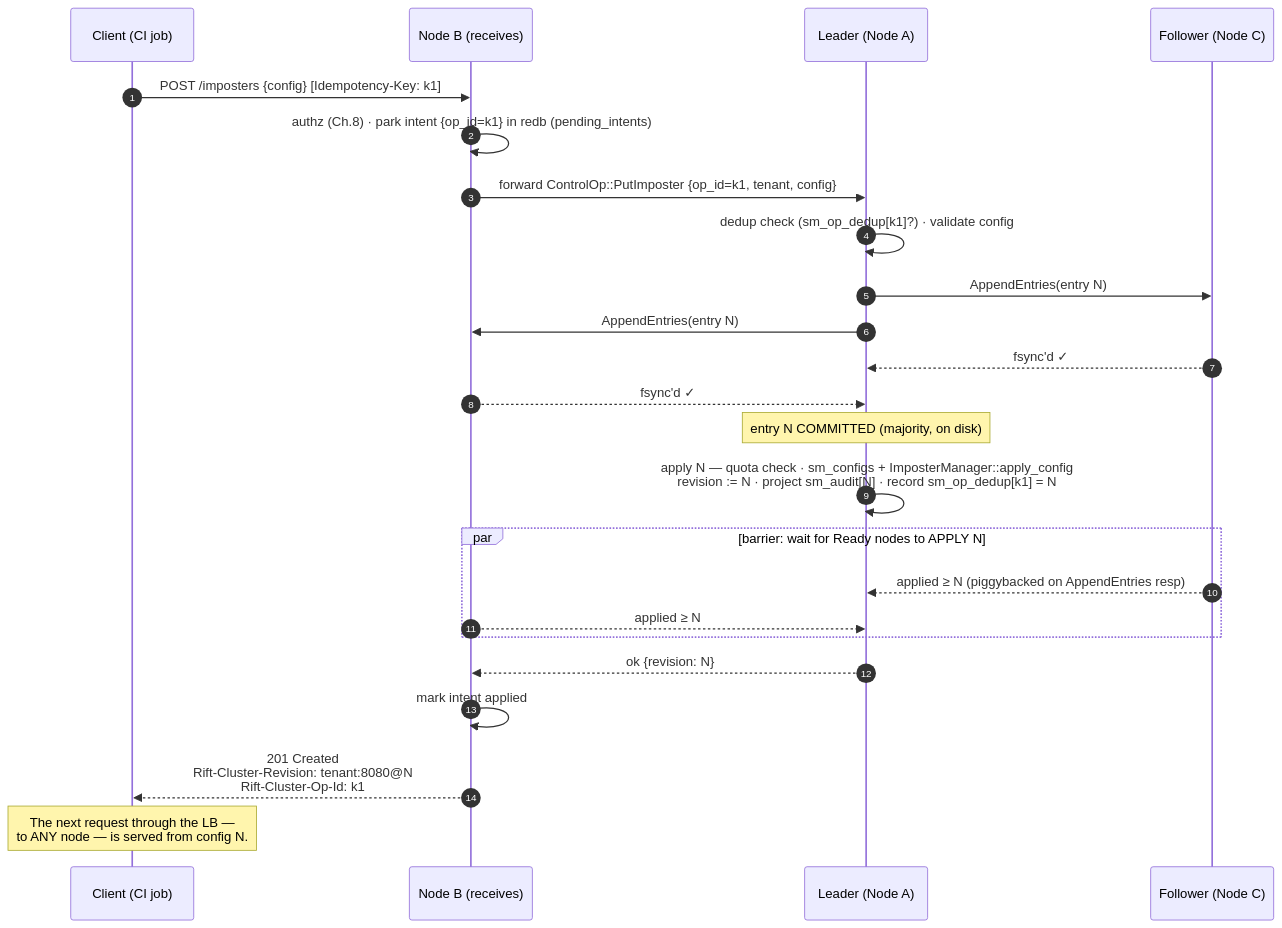
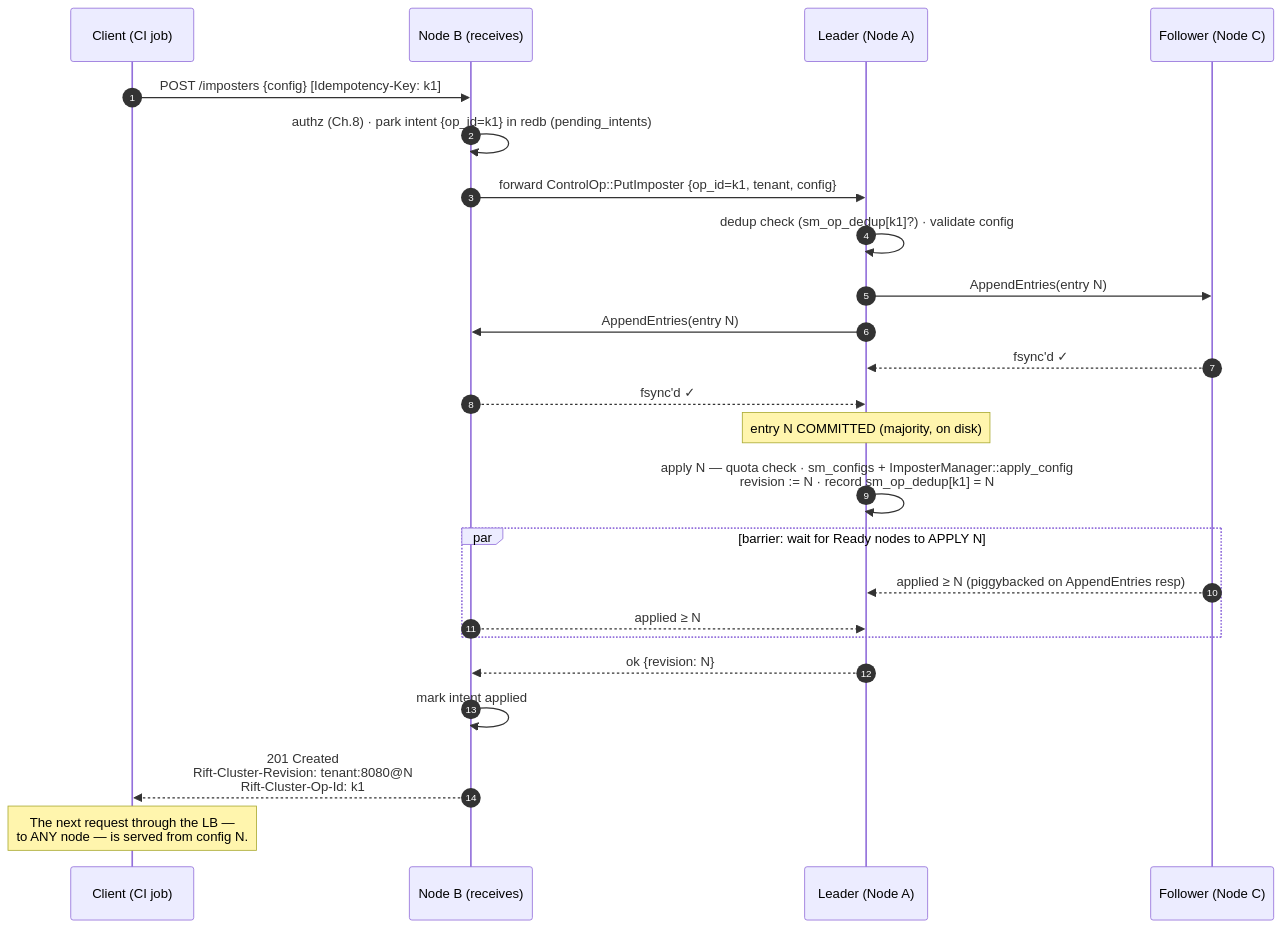
The diagram in docs/architecture/04-write-path.md (achird-labs/rift-cluster), drawn with Mermaid before and after one commit. The commit also changed other lines of this file and 70 other files, not shown here.

````diff
--- a/docs/architecture/04-write-path.md
+++ b/docs/architecture/04-write-path.md
@@ -11,27 +11,27 @@
 ```mermaid
 sequenceDiagram
     autonumber
     participant C as Client (CI job)
     participant B as Node B (receives)
     participant L as Leader (Node A)
     participant F as Follower (Node C)
 
     C->>B: POST /imposters {config}  [Idempotency-Key: k1]
     B->>B: authz (Ch.8) · park intent {op_id=k1} in redb (pending_intents)
     B->>L: forward ControlOp::PutImposter {op_id=k1, tenant, config}
     L->>L: dedup check (sm_op_dedup[k1]?) · validate config
     L->>F: AppendEntries(entry N)
     L->>B: AppendEntries(entry N)
     F-->>L: fsync'd ✓
     B-->>L: fsync'd ✓
     Note over L: entry N COMMITTED (majority, on disk)
-    L->>L: apply N — quota check · sm_configs + ImposterManager::apply_config<br/>revision := N · project sm_audit[N] · record sm_op_dedup[k1] = N
+    L->>L: apply N — quota check · sm_configs + ImposterManager::apply_config<br/>revision := N · record sm_op_dedup[k1] = N
     par barrier: wait for Ready nodes to APPLY N
         F-->>L: applied ≥ N (piggybacked on AppendEntries resp)
         B-->>L: applied ≥ N
     end
     L-->>B: ok {revision: N}
     B->>B: mark intent applied
     B-->>C: 201 Created<br/>Rift-Cluster-Revision: tenant:8080@N<br/>Rift-Cluster-Op-Id: k1
     Note over C: The next request through the LB —<br/>to ANY node — is served from config N.
 ```
````
